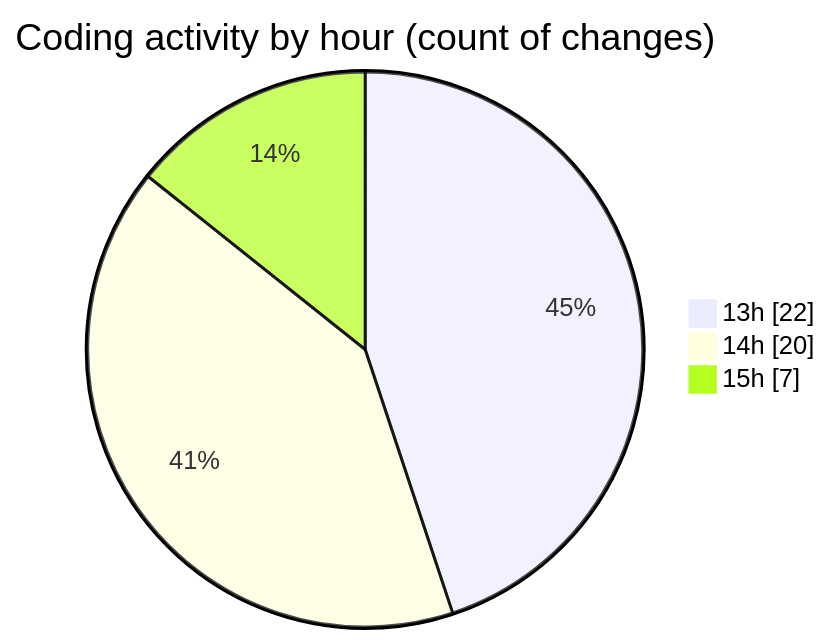
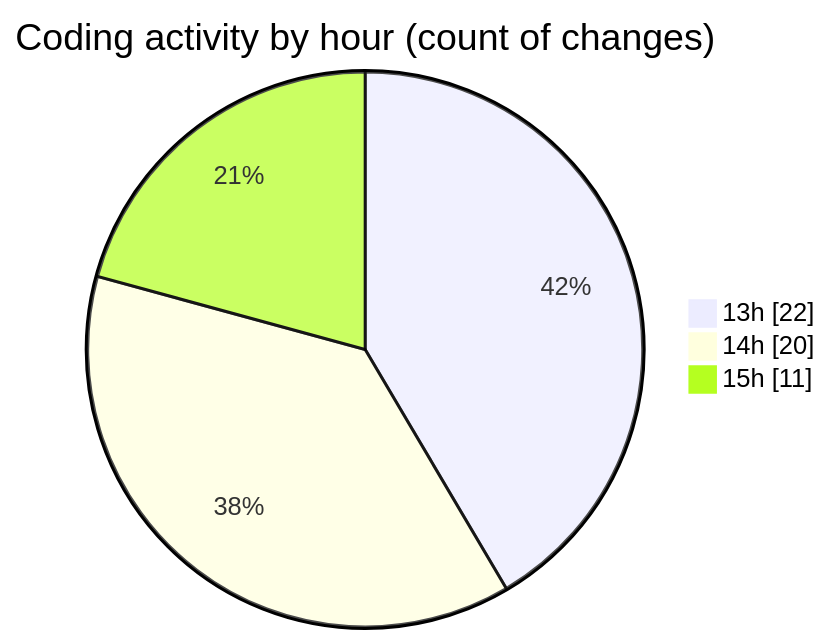
One commit to donsfak/code-tracking changed the second of 2 diagrams in 2025-02-24/drivers_app/README.md. Above: the diagram before and after it, drawn with Mermaid. The commit also changed other lines of this file and 1 other file, not shown here.

````diff
--- a/2025-02-24/drivers_app/README.md
+++ b/2025-02-24/drivers_app/README.md
@@ -38,7 +38,7 @@
 ```mermaid
 pie showData
 title Coding activity by hour (count of changes)
 "13h" : 22
 "14h" : 20
-"15h" : 7
+"15h" : 11
 ```
````
